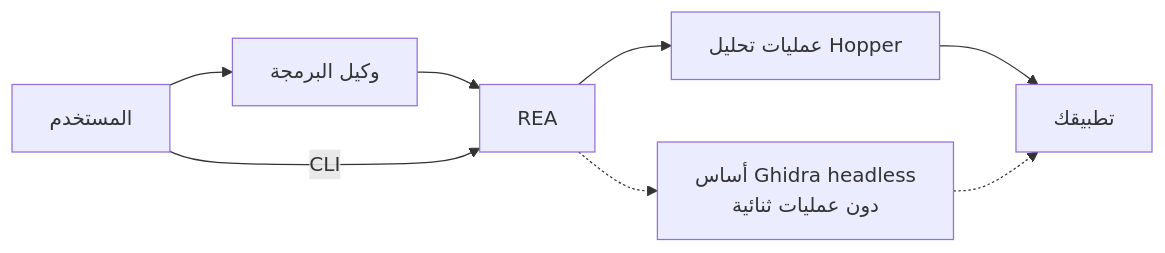
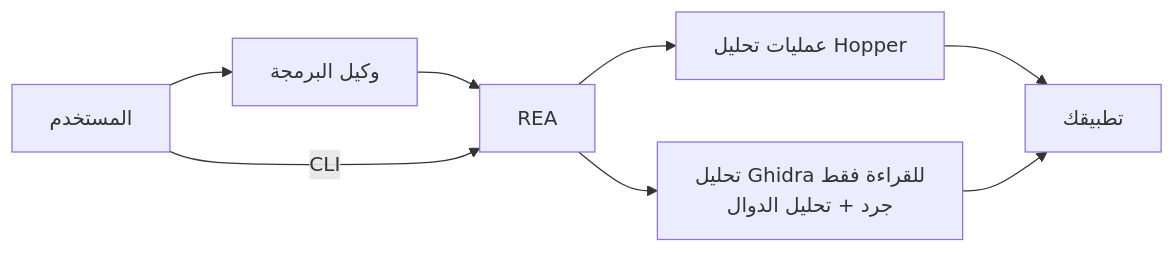
The diagram in README_ar.md (bryankwandou/rea), drawn with Mermaid before and after one commit. The commit also changed other lines of this file and 130 other files, not shown here.

````diff
--- a/README_ar.md
+++ b/README_ar.md
@@ -189,10 +189,10 @@
 ```mermaid
 flowchart LR
     Human[المستخدم] --> Agent[وكيل البرمجة]
     Agent --> REA[REA]
     Human -->|CLI| REA
     REA --> Hopper[عمليات تحليل Hopper]
     Hopper --> App[تطبيقك]
-    REA -.-> Ghidra[أساس Ghidra headless<br/>دون عمليات ثنائية]
-    Ghidra -.-> App
+    REA --> Ghidra[تحليل Ghidra للقراءة فقط<br/>جرد + تحليل الدوال]
+    Ghidra --> App
 ```
````
